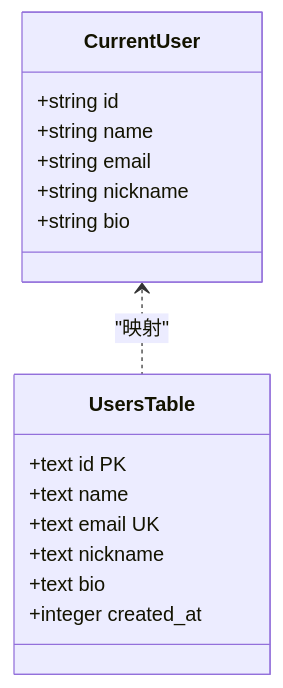
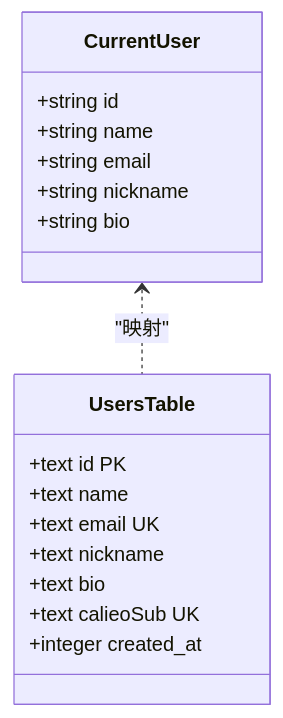
The third of 11 diagrams in .qoder/repowiki/zh/content/架构设计/认证架构设计/用户信息管理.md (pnnh/weable), drawn with Mermaid before and after one commit. The commit also changed other lines of this file and 187 other files, not shown here.

````diff
--- a/.qoder/repowiki/zh/content/架构设计/认证架构设计/用户信息管理.md
+++ b/.qoder/repowiki/zh/content/架构设计/认证架构设计/用户信息管理.md
@@ -162,19 +198,20 @@
 ```mermaid
 classDiagram
 class CurrentUser {
 +string id
 +string name
 +string email
 +string nickname
 +string bio
 }
 class UsersTable {
 +text id PK
 +text name
 +text email UK
 +text nickname
 +text bio
++text calieoSub UK
 +integer created_at
 }
 CurrentUser <.. UsersTable : "映射"
 ```
````
